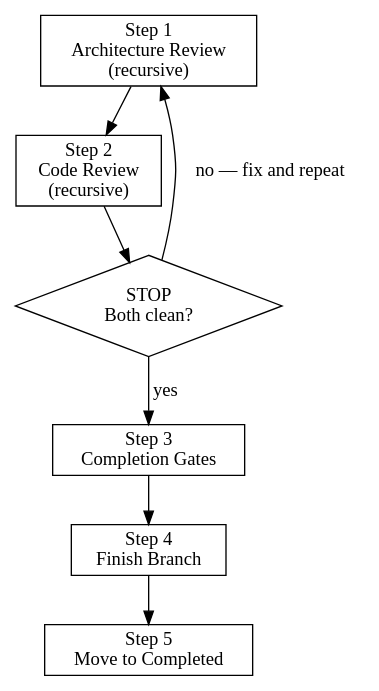
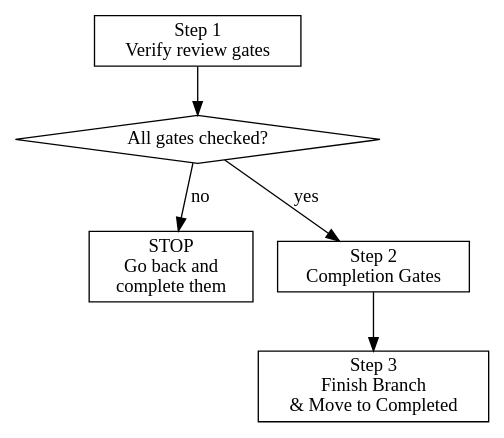
The diagram in .claude/skills/feature-6-complete/SKILL.md (iadknet/petri), drawn with Graphviz before and after one commit. The commit also changed other lines of this file and 8 other files, not shown here.

````diff
--- a/.claude/skills/feature-6-complete/SKILL.md
+++ b/.claude/skills/feature-6-complete/SKILL.md
@@ -14,13 +14,11 @@
 ```dot
 digraph completion {
   rankdir=TB;
   node [shape=box];
-  "Step 1\nArchitecture Review\n(recursive)" -> "Step 2\nCode Review\n(recursive)";
-  "Step 2\nCode Review\n(recursive)" -> "STOP\nBoth clean?";
-  "STOP\nBoth clean?" [shape=diamond];
-  "STOP\nBoth clean?" -> "Step 3\nCompletion Gates" [label="yes"];
-  "STOP\nBoth clean?" -> "Step 1\nArchitecture Review\n(recursive)" [label="no — fix and repeat"];
-  "Step 3\nCompletion Gates" -> "Step 4\nFinish Branch";
-  "Step 4\nFinish Branch" -> "Step 5\nMove to Completed";
+  "Step 1\nVerify review gates" -> "All gates checked?";
+  "All gates checked?" [shape=diamond];
+  "All gates checked?" -> "STOP\nGo back and\ncomplete them" [label="no"];
+  "All gates checked?" -> "Step 2\nCompletion Gates" [label="yes"];
+  "Step 2\nCompletion Gates" -> "Step 3\nFinish Branch\n& Move to Completed";
 }
 ```
````
